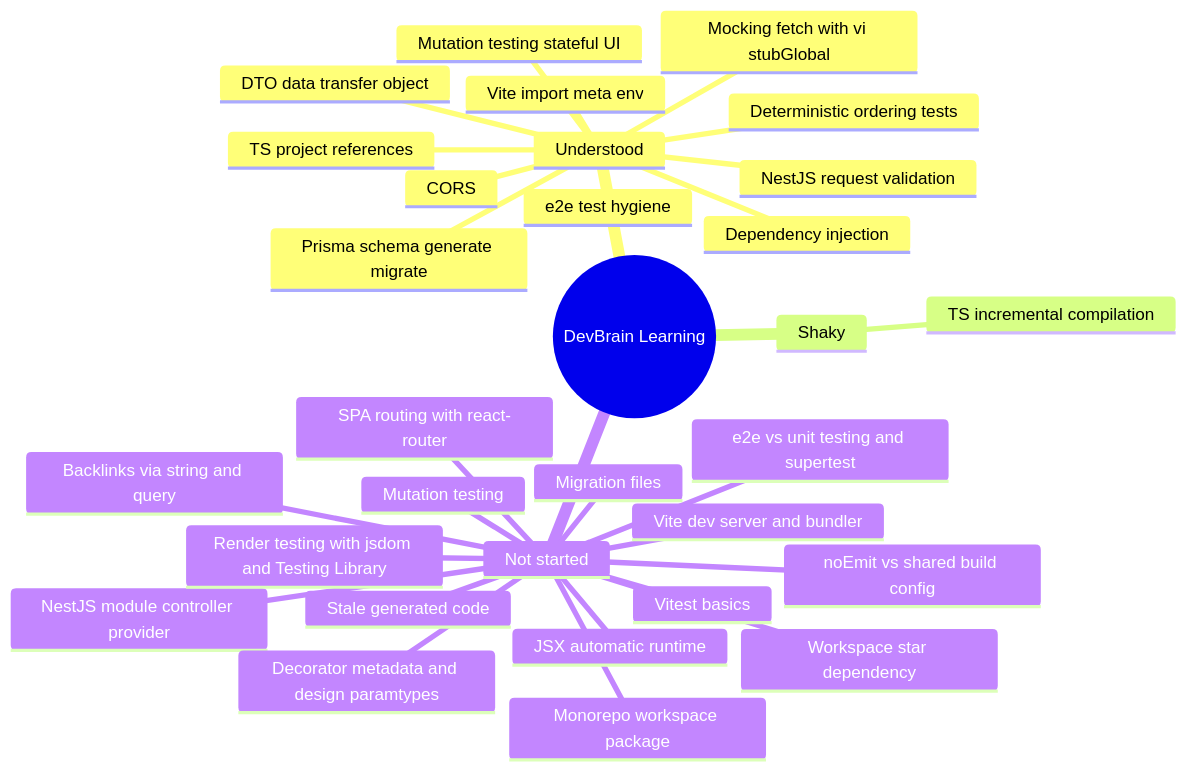
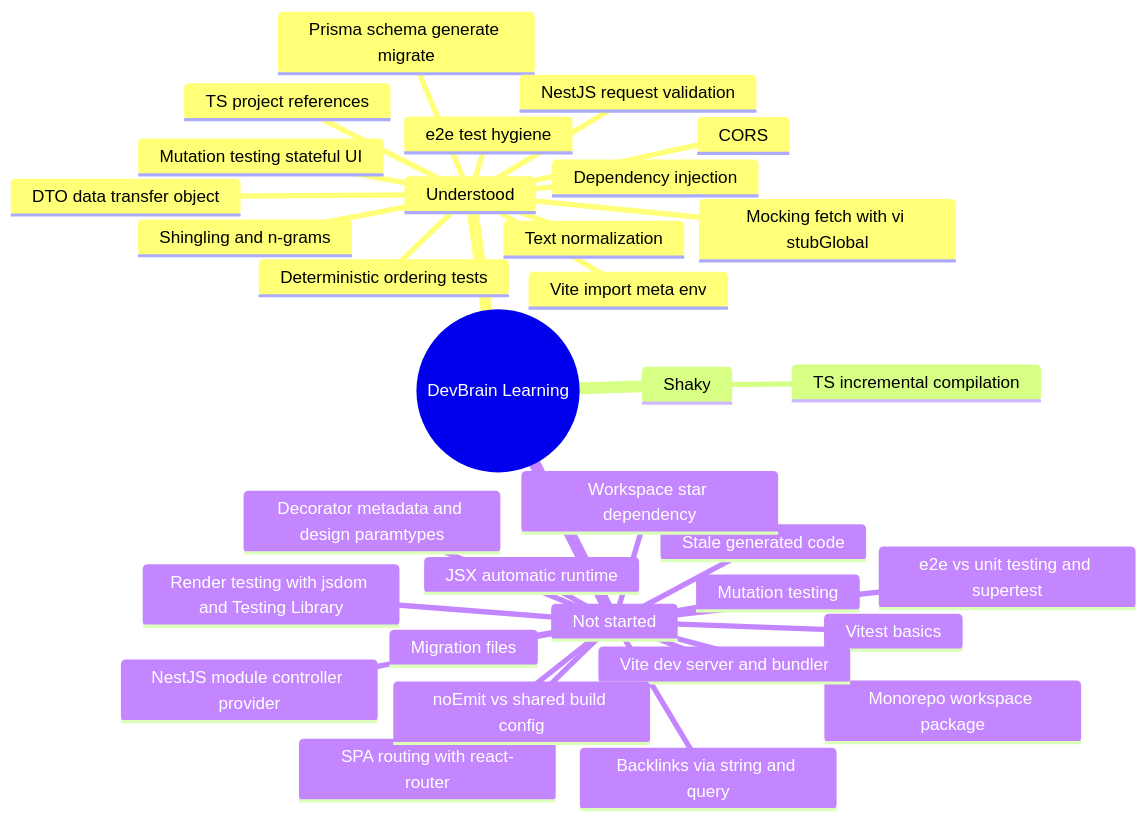
Before and after one commit to Phonghigh/DevBrain: the diagram in docs/LEARNING_LOG.md, drawn with Mermaid. The commit also changed other lines of this file and 9 other files, not shown here.

````diff
--- a/docs/LEARNING_LOG.md
+++ b/docs/LEARNING_LOG.md
@@ -49,34 +51,36 @@
 ```mermaid
 mindmap
   root((DevBrain Learning))
     Understood
       Dependency injection
       Prisma schema generate migrate
       TS project references
       DTO data transfer object
       NestJS request validation
       e2e test hygiene
       Deterministic ordering tests
       Vite import meta env
       Mocking fetch with vi stubGlobal
       CORS
       Mutation testing stateful UI
+      Shingling and n-grams
+      Text normalization
     Shaky
       TS incremental compilation
     Not started
       Monorepo workspace package
       Vitest basics
       NestJS module controller provider
       Vite dev server and bundler
       SPA routing with react-router
       JSX automatic runtime
       e2e vs unit testing and supertest
       Decorator metadata and design paramtypes
       Render testing with jsdom and Testing Library
       Mutation testing
       Backlinks via string and query
       Migration files
       Stale generated code
       Workspace star dependency
       noEmit vs shared build config
 ```
````
